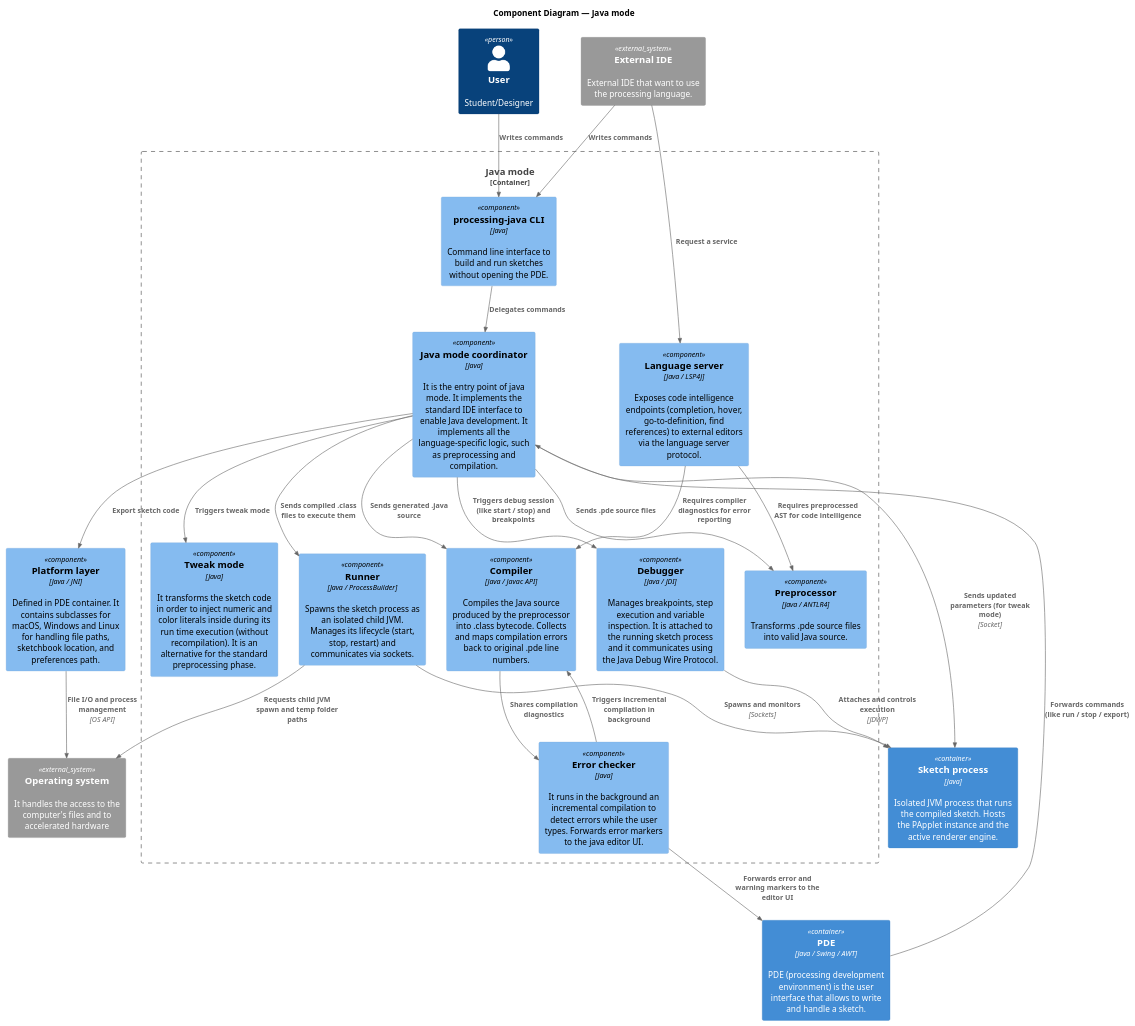
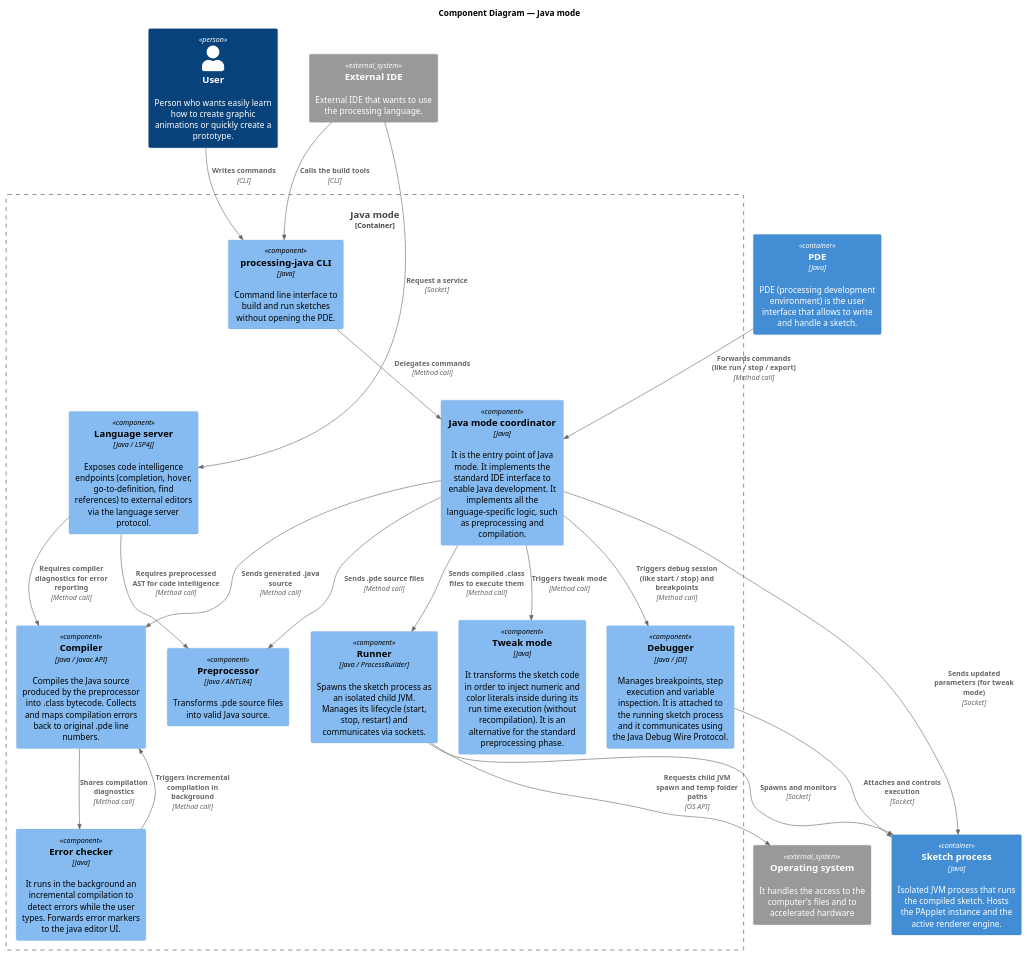
Before and after one commit to SDA2026-Group09/Project: the diagram in diagrams/component_diagram_java_mode.puml, drawn with PlantUML. The commit also changed 4 other files, not shown here.

Commit message:
Remove inconsistency between diagrams

```diff
--- a/diagrams/component_diagram_java_mode.puml
+++ b/diagrams/component_diagram_java_mode.puml
@@ -1,71 +1,68 @@
 @startuml C4_component_java_mode
 !include <C4/C4_Component>
 
 title Component Diagram — Java mode
 
+/' Components '/
 Container_Boundary(java_mode, "Java mode") {
-    Component(java_mode_coordinator, "Java mode coordinator", "Java", "It is the entry point of java mode. It implements the standard IDE interface to enable Java development. It implements all the language-specific logic, such as preprocessing and compilation.")
+    Component(java_mode_coordinator, "Java mode coordinator", "Java", "It is the entry point of Java mode. It implements the standard IDE interface to enable Java development. It implements all the language-specific logic, such as preprocessing and compilation.")
     Component(preprocessor, "Preprocessor", "Java / ANTLR4", "Transforms .pde source files into valid Java source.")
     Component(compiler, "Compiler", "Java / Javac API", "Compiles the Java source produced by the preprocessor into .class bytecode. Collects and maps compilation errors back to original .pde line numbers.")
     Component(runner, "Runner", "Java / ProcessBuilder", "Spawns the sketch process as an isolated child JVM. Manages its lifecycle (start, stop, restart) and communicates via sockets.")
     Component(error_checker, "Error checker", "Java", "It runs in the background an incremental compilation to detect errors while the user types. Forwards error markers to the java editor UI.")
     Component(debugger, "Debugger", "Java / JDI", "Manages breakpoints, step execution and variable inspection. It is attached to the running sketch process and it communicates using the Java Debug Wire Protocol.")
     Component(tweak_mode, "Tweak mode", "Java", "It transforms the sketch code in order to inject numeric and color literals inside during its run time execution (without recompilation). It is an alternative for the standard preprocessing phase.")
     Component(lsp_server, "Language server", "Java / LSP4J", "Exposes code intelligence endpoints (completion, hover, go-to-definition, find references) to external editors via the language server protocol.")
     Component(cli, "processing-java CLI", "Java", "Command line interface to build and run sketches without opening the PDE.")
 
 }
 
-Person(user, "User", "Student/Designer")
+/' Persons '/ 
+Person(user, "User", "Person who wants easily learn how to create graphic animations or quickly create a prototype.")
 
-Component(platform_layer, "Platform layer", "Java / JNI", "Defined in PDE container. It contains subclasses for macOS, Windows and Linux for handling file paths, sketchbook location, and preferences path.")
-
-Container(pde, "PDE", "Java / Swing / AWT", "PDE (processing development environment) is the user interface that allows to write and handle a sketch.")
+/' External systems and containers '/
+Container(pde, "PDE", "Java", "PDE (processing development environment) is the user interface that allows to write and handle a sketch.")
 Container(sketch_process, "Sketch process", "Java", "Isolated JVM process that runs the compiled sketch. Hosts the PApplet instance and the active renderer engine.")
 System_Ext(os, "Operating system", "It handles the access to the computer's files and to accelerated hardware")
-System_Ext(external_ide, "External IDE", "External IDE that want to use the processing language.")
+System_Ext(external_ide, "External IDE", "External IDE that wants to use the processing language.")
 
 /' User relationships '/
-Rel(user, cli, "Writes commands")
+Rel(user, cli, "Writes commands", "CLI")
 
 /' PDE relationships '/ 
-Rel(pde, java_mode_coordinator, "Forwards commands (like run / stop / export)")
+Rel(pde, java_mode_coordinator, "Forwards commands (like run / stop / export)", "Method call")
 
 /' Java mode coordinator relationships '/ 
-Rel(java_mode_coordinator, preprocessor, "Sends .pde source files")
-Rel(java_mode_coordinator, compiler, "Sends generated .java source")
-Rel(java_mode_coordinator, runner, "Sends compiled .class files to execute them")
-Rel(java_mode_coordinator, tweak_mode, "Triggers tweak mode")
+Rel(java_mode_coordinator, preprocessor, "Sends .pde source files", "Method call")
+Rel(java_mode_coordinator, compiler, "Sends generated .java source", "Method call")
+Rel(java_mode_coordinator, runner, "Sends compiled .class files to execute them", "Method call")
+Rel(java_mode_coordinator, tweak_mode, "Triggers tweak mode", "Method call")
 Rel(java_mode_coordinator, sketch_process, "Sends updated parameters (for tweak mode)", "Socket")
-Rel(java_mode_coordinator, debugger, "Triggers debug session (like start / stop) and breakpoints")
-Rel(java_mode_coordinator, platform_layer, "Export sketch code")
+Rel(java_mode_coordinator, debugger, "Triggers debug session (like start / stop) and breakpoints", "Method call")
 
 /' Debugger relationships '/ 
-Rel(debugger, sketch_process, "Attaches and controls execution", "JDWP")
+Rel(debugger, sketch_process, "Attaches and controls execution", "Socket")
 
 /' Compiler relationships '/ 
-Rel(compiler, error_checker, "Shares compilation diagnostics")
+Rel(compiler, error_checker, "Shares compilation diagnostics", "Method call")
 
 /' Runner relationships '/ 
-Rel(runner, sketch_process, "Spawns and monitors", "Sockets")
-Rel(runner, os, "Requests child JVM spawn and temp folder paths")
+Rel(runner, sketch_process, "Spawns and monitors", "Socket")
+Rel(runner, os, "Requests child JVM spawn and temp folder paths", "OS API")
 
 /' Error checker relationships '/ 
-Rel(error_checker, compiler, "Triggers incremental compilation in background")
-Rel(error_checker, pde, "Forwards error and warning markers to the editor UI")
+Rel(error_checker, compiler, "Triggers incremental compilation in background", "Method call")
 
 /' LSP relationships '/
-Rel(lsp_server, preprocessor, "Requires preprocessed AST for code intelligence")
-Rel(lsp_server, compiler, "Requires compiler diagnostics for error reporting")
+Rel(lsp_server, preprocessor, "Requires preprocessed AST for code intelligence", "Method call")
+Rel(lsp_server, compiler, "Requires compiler diagnostics for error reporting", "Method call")
 
 /' External IDE relationships '/
-Rel(external_ide, cli, "Writes commands")
-Rel(external_ide, lsp_server, "Request a service")
+Rel(external_ide, cli, "Calls the build tools", "CLI")
+Rel(external_ide, lsp_server, "Request a service", "Socket")
 
 /' CLI relationships '/
-Rel(cli, java_mode_coordinator, "Delegates commands")
+Rel(cli, java_mode_coordinator, "Delegates commands", "Method call")
 
-/' Platform relationships '/ 
-Rel(platform_layer, os, "File I/O and process management", "OS API")
 
 @enduml
```
